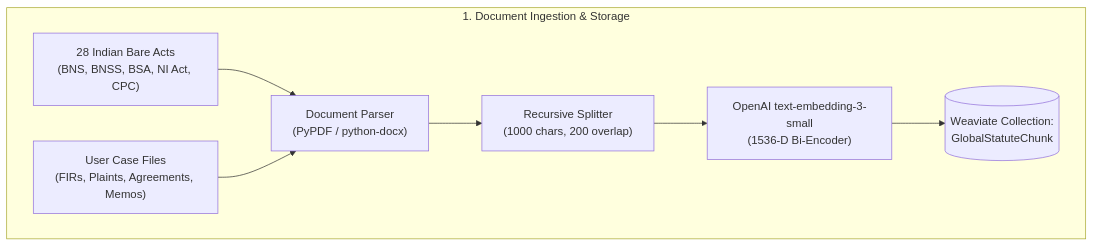
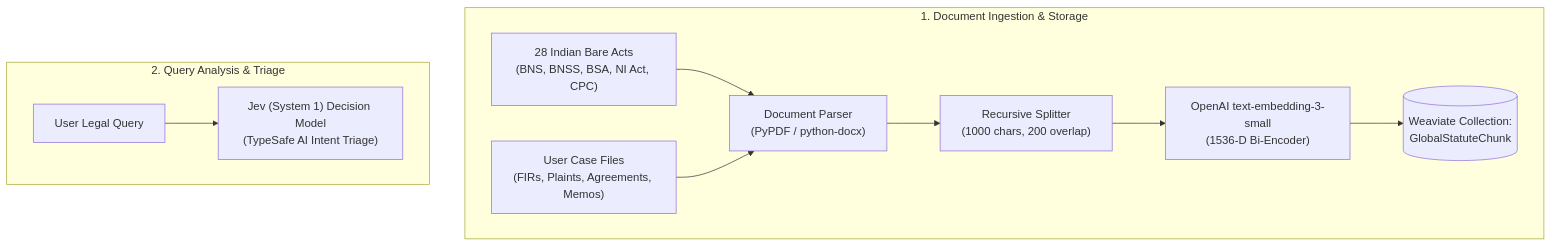
The first of 2 diagrams in README.md (JaywardhanYadav/LegalDrishti-AI), drawn with Mermaid before and after one commit.

Commit message:
docs: add Box 2 (Query Analysis & Triage) below Box 1 in V1 diagram

````diff
--- a/README.md
+++ b/README.md
@@ -35,14 +35,19 @@
 ```mermaid
 flowchart TD
     subgraph INGEST_V1["1. Document Ingestion & Storage"]
         direction LR
         DOC_STATUTES["28 Indian Bare Acts\n(BNS, BNSS, BSA, NI Act, CPC)"]
         DOC_USER["User Case Files\n(FIRs, Plaints, Agreements, Memos)"]
 
         DOC_STATUTES --> PARSER_V1["Document Parser\n(PyPDF / python-docx)"]
         DOC_USER --> PARSER_V1
         PARSER_V1 --> CHUNK_V1["Recursive Splitter\n(1000 chars, 200 overlap)"]
         CHUNK_V1 --> EMBED_V1["OpenAI text-embedding-3-small\n(1536-D Bi-Encoder)"]
         EMBED_V1 --> WEAVIATE_V1[("Weaviate Collection:\nGlobalStatuteChunk")]
     end
+
+    subgraph TRIAGE_V1["2. Query Analysis & Triage"]
+        direction LR
+        QUERY_V1["User Legal Query"] --> JEV_V1["Jev (System 1) Decision Model\n(TypeSafe AI Intent Triage)"]
+    end
 ```
````
